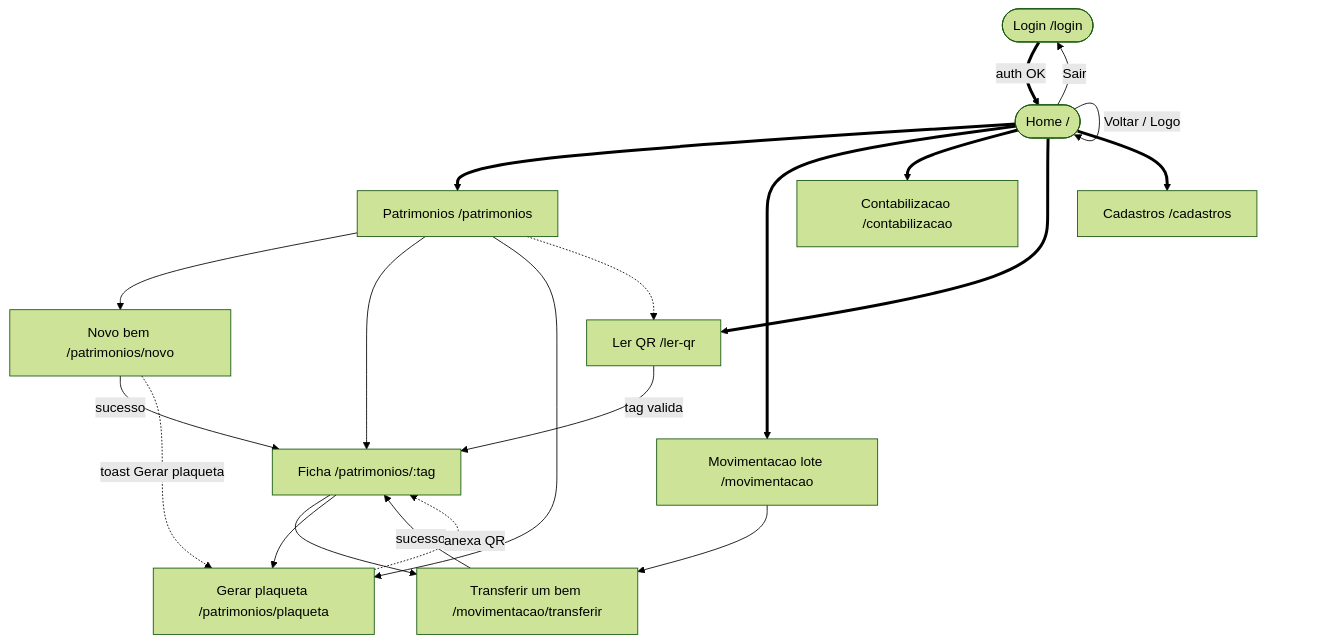
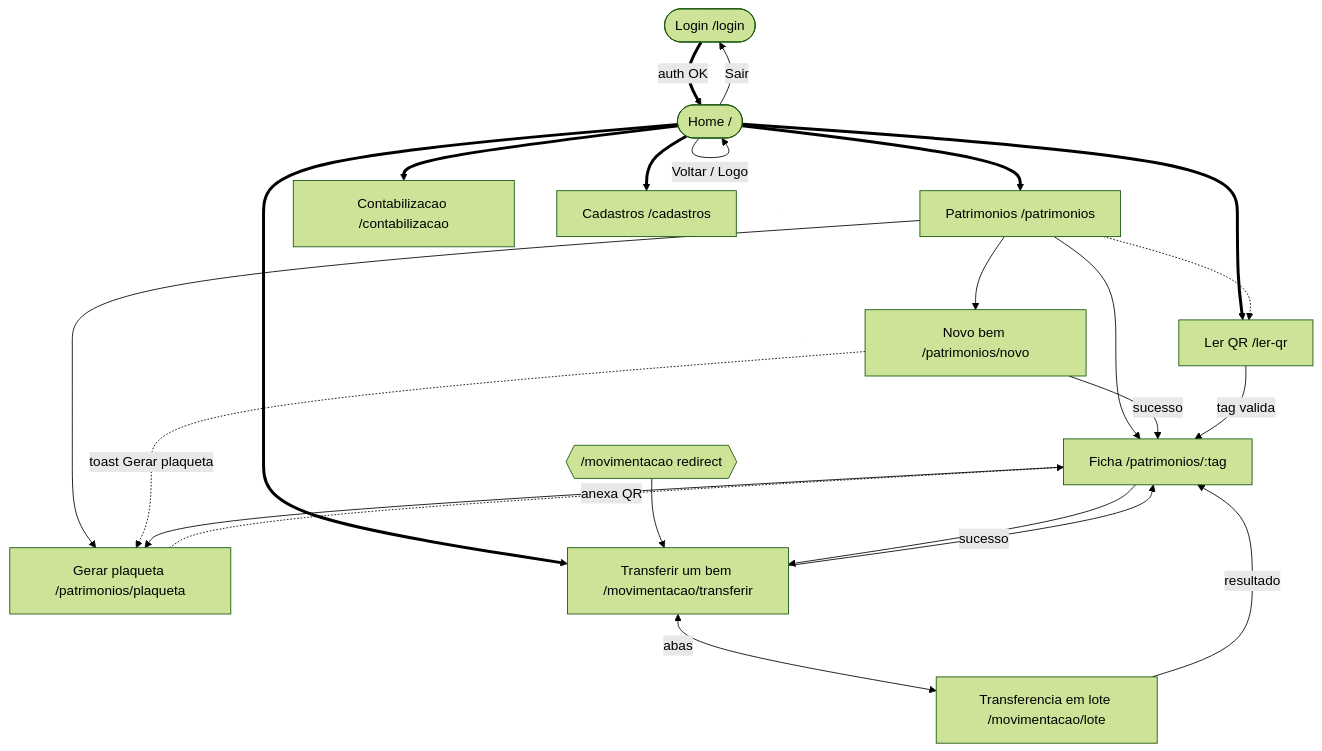
The first of 9 diagrams in MAPA-PROJETO.md (Boyyypablo/patrimonio), drawn with Mermaid (forest theme) before and after one commit. The commit also changed other lines of this file and 89 other files, not shown here.

````diff
--- a/MAPA-PROJETO.md
+++ b/MAPA-PROJETO.md
@@ -79,42 +89,45 @@
 ```mermaid
 flowchart TD
   login(["Login /login"])
   home(["Home /"])
   patrimList["Patrimonios /patrimonios"]
   patrimNovo["Novo bem /patrimonios/novo"]
   patrimFicha["Ficha /patrimonios/:tag"]
   patrimPlaqueta["Gerar plaqueta /patrimonios/plaqueta"]
-  movLote["Movimentacao lote /movimentacao"]
+  movEntrada{{"/movimentacao redirect"}}
   movUm["Transferir um bem /movimentacao/transferir"]
+  movLote["Transferencia em lote /movimentacao/lote"]
   contab["Contabilizacao /contabilizacao"]
   cadastros["Cadastros /cadastros"]
   lerQr["Ler QR /ler-qr"]
 
   login ==>|"auth OK"| home
   home -->|"Sair"| login
 
   home ==> patrimList
-  home ==> movLote
+  home ==> movUm
+  movEntrada --> movUm
   home ==> contab
   home ==> lerQr
   home ==> cadastros
 
   patrimList --> patrimNovo
   patrimList --> patrimFicha
   patrimList --> patrimPlaqueta
   patrimList -.-> lerQr
 
   patrimNovo -->|"sucesso"| patrimFicha
   patrimNovo -.->|"toast Gerar plaqueta"| patrimPlaqueta
 
   patrimFicha --> movUm
   patrimFicha --> patrimPlaqueta
 
-  movLote --> movUm
+  movUm <-->|"abas"| movLote
   movUm -->|"sucesso"| patrimFicha
+  movLote -->|"resultado"| patrimFicha
 
   lerQr -->|"tag valida"| patrimFicha
   patrimPlaqueta -.->|"anexa QR"| patrimFicha
 
   home -->|"Voltar / Logo"| home
 ```
````
